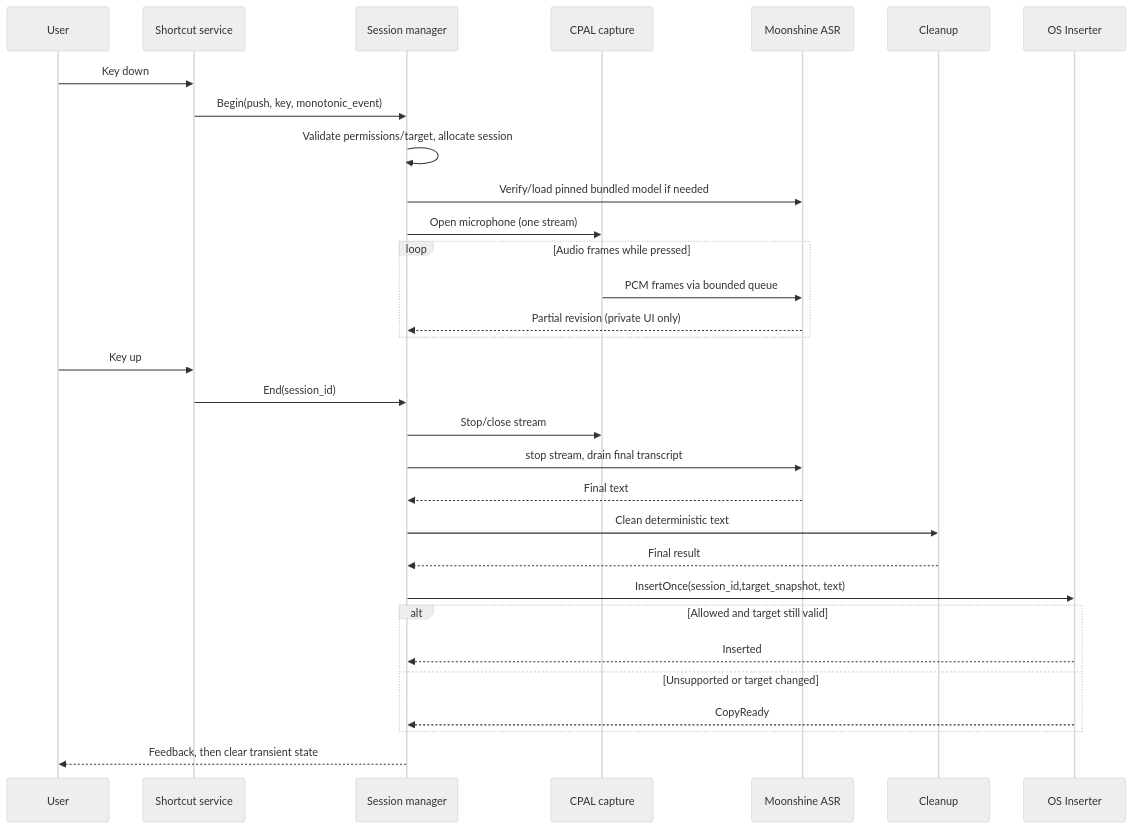
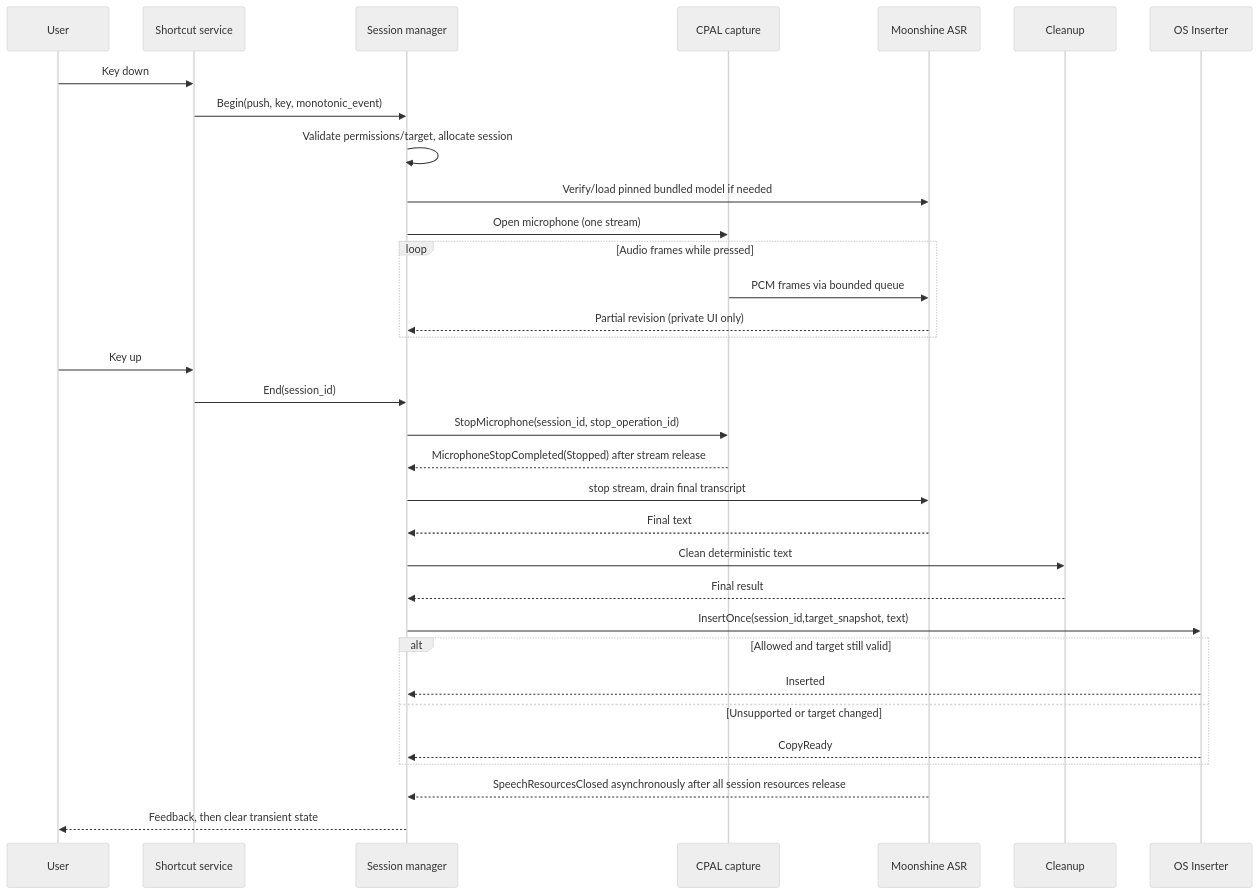
Before and after one commit to thrns/outflow: the fourth of 6 diagrams in docs/ARCHITECTURE.md, drawn with Mermaid (neutral theme). The commit also changed other lines of this file and 8 other files, not shown here.

````diff
--- a/docs/ARCHITECTURE.md
+++ b/docs/ARCHITECTURE.md
@@ -184,33 +184,35 @@
 ```mermaid
 sequenceDiagram
   participant U as User
   participant H as Shortcut service
   participant C as Session manager
   participant A as CPAL capture
   participant M as Moonshine ASR
   participant T as Cleanup
   participant I as OS Inserter
   U->>H: Key down
   H->>C: Begin(push, key, monotonic_event)
   C->>C: Validate permissions/target, allocate session
   C->>M: Verify/load pinned bundled model if needed
   C->>A: Open microphone (one stream)
   loop Audio frames while pressed
     A->>M: PCM frames via bounded queue
     M-->>C: Partial revision (private UI only)
   end
   U->>H: Key up
   H->>C: End(session_id)
-  C->>A: Stop/close stream
+  C->>A: StopMicrophone(session_id, stop_operation_id)
+  A-->>C: MicrophoneStopCompleted(Stopped) after stream release
   C->>M: stop stream, drain final transcript
   M-->>C: Final text
   C->>T: Clean deterministic text
   T-->>C: Final result
   C->>I: InsertOnce(session_id,target_snapshot, text)
   alt Allowed and target still valid
     I-->>C: Inserted
   else Unsupported or target changed
     I-->>C: CopyReady
   end
+  M-->>C: SpeechResourcesClosed asynchronously after all session resources release
   C-->>U: Feedback, then clear transient state
 ```
````
